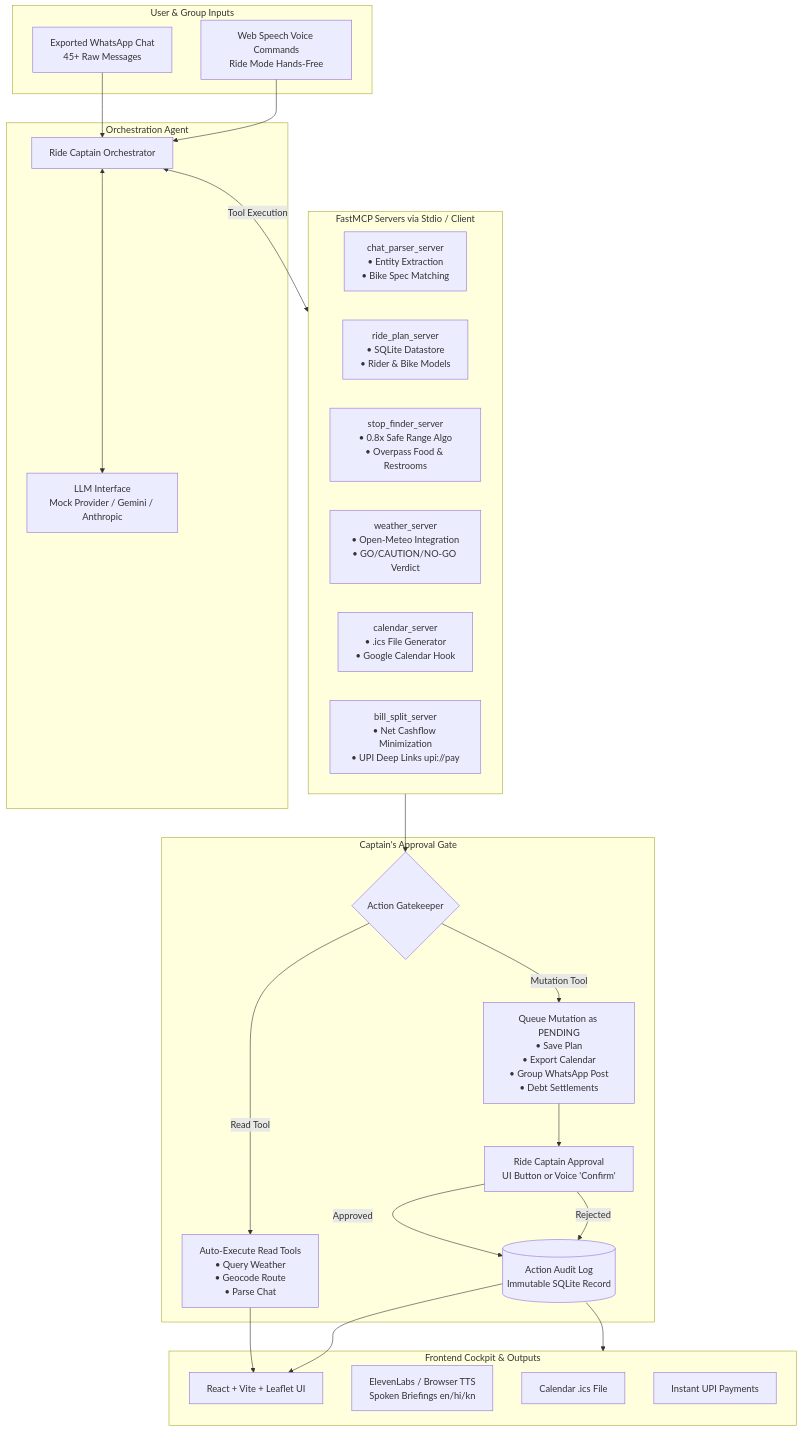
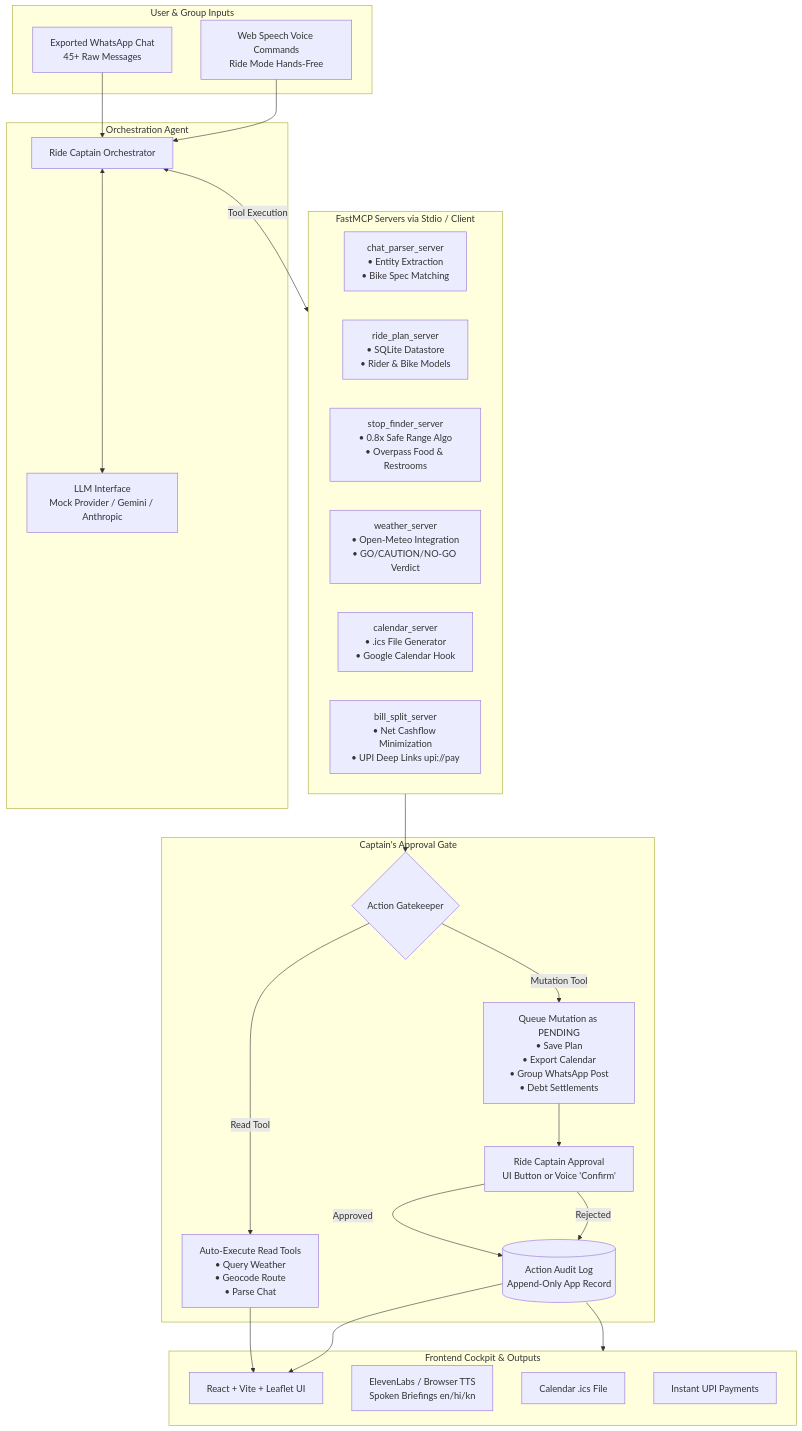
Before and after one commit to praveenkumar0500y/BAROQUE-WORKS: the diagram in README.md, drawn with Mermaid. The commit also changed other lines of this file and 7 other files, not shown here.

````diff
--- a/README.md
+++ b/README.md
@@ -52,53 +70,53 @@
 ```mermaid
 flowchart TD
     %% Inputs
     subgraph Inputs [User & Group Inputs]
         WA[Exported WhatsApp Chat<br/>45+ Raw Messages]
         VoiceIn[Web Speech Voice Commands<br/>Ride Mode Hands-Free]
     end
 
     %% Agent Layer
     subgraph AgentLayer [Orchestration Agent]
         LLM[LLM Interface<br/>Mock Provider / Gemini / Anthropic]
         Orch[Ride Captain Orchestrator]
     end
 
     %% MCP Servers
     subgraph MCPServers [FastMCP Servers via Stdio / Client]
         CP[chat_parser_server<br/>• Entity Extraction<br/>• Bike Spec Matching]
         RP[ride_plan_server<br/>• SQLite Datastore<br/>• Rider & Bike Models]
         SF[stop_finder_server<br/>• 0.8x Safe Range Algo<br/>• Overpass Food & Restrooms]
         WE[weather_server<br/>• Open-Meteo Integration<br/>• GO/CAUTION/NO-GO Verdict]
         CA[calendar_server<br/>• .ics File Generator<br/>• Google Calendar Hook]
         BS[bill_split_server<br/>• Net Cashflow Minimization<br/>• UPI Deep Links upi://pay]
     end
 
     %% Approval Gate & Audit
     subgraph ControlledSafety [Captain's Approval Gate]
         Gate{Action Gatekeeper}
         ReadExec[Auto-Execute Read Tools<br/>• Query Weather<br/>• Geocode Route<br/>• Parse Chat]
         WritePending[Queue Mutation as PENDING<br/>• Save Plan<br/>• Export Calendar<br/>• Group WhatsApp Post<br/>• Debt Settlements]
         CaptainDecision[Ride Captain Approval<br/>UI Button or Voice 'Confirm']
-        AuditLog[(Action Audit Log<br/>Immutable SQLite Record)]
+        AuditLog[(Action Audit Log<br/>Append-Only App Record)]
     end
 
     %% Outputs & UI
     subgraph Delivery [Frontend Cockpit & Outputs]
         ReactUI[React + Vite + Leaflet UI]
         TTS[ElevenLabs / Browser TTS<br/>Spoken Briefings en/hi/kn]
         ICSDownload[Calendar .ics File]
         UPILinks[Instant UPI Payments]
     end
 
     WA --> Orch
     VoiceIn --> Orch
     Orch <--> LLM
     Orch <-->|Tool Execution| MCPServers
 
     MCPServers --> Gate
     Gate -->|Read Tool| ReadExec --> ReactUI
     Gate -->|Mutation Tool| WritePending --> CaptainDecision
     CaptainDecision -->|Approved| AuditLog --> Delivery
     CaptainDecision -->|Rejected| AuditLog
     AuditLog --> ReactUI
 ```
````
